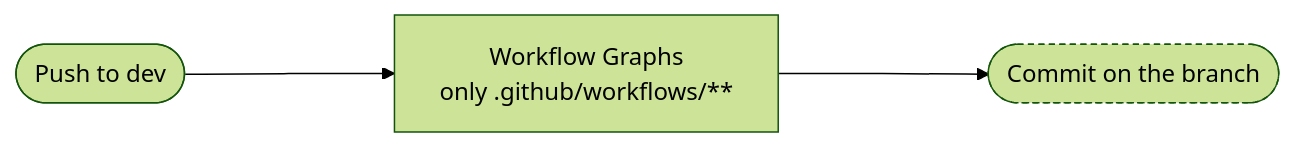
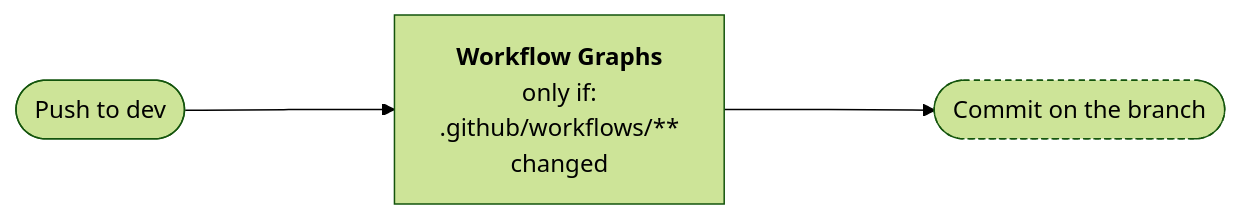
One commit to nfdi4health/dsSupportClient changed the fourth of 5 diagrams in .github/workflow-graphs/README.md. Above: the diagram before and after it, drawn with Mermaid (forest theme). The commit also changed other lines of this file, not shown here.

Commit message:
docs: update workflow diagrams

````diff
--- a/.github/workflow-graphs/README.md
+++ b/.github/workflow-graphs/README.md
@@ -108,10 +114,10 @@
 ```mermaid
 %%{init: {"flowchart": {"rankSpacing": 140, "nodeSpacing": 45}}}%%
 flowchart LR
   ev(["Push to dev"])
-  wf_workflow_graph_yml["Workflow Graphs<br/>only .github/workflows/#42;#42;"]
+  wf_workflow_graph_yml["<b>Workflow Graphs</b><br/>only if:<br/>.github/workflows/#42;#42;<br/>changed"]
   ev --> wf_workflow_graph_yml
   out_1(["Commit on the branch"]):::outcome
   wf_workflow_graph_yml --> out_1
   classDef outcome stroke-dasharray: 4 3
 ```
````
